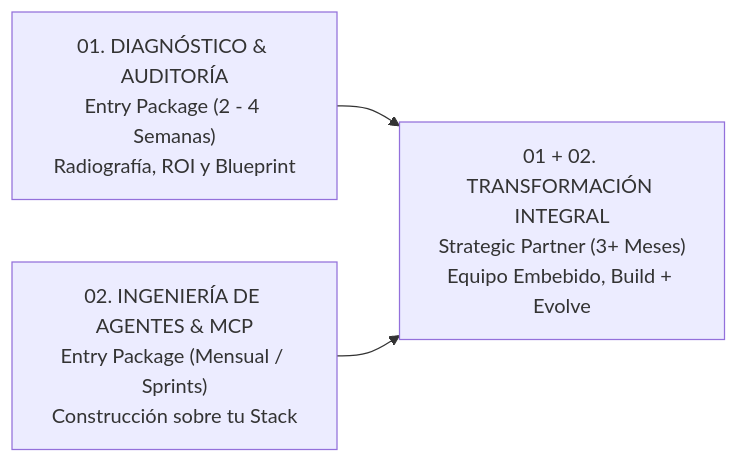
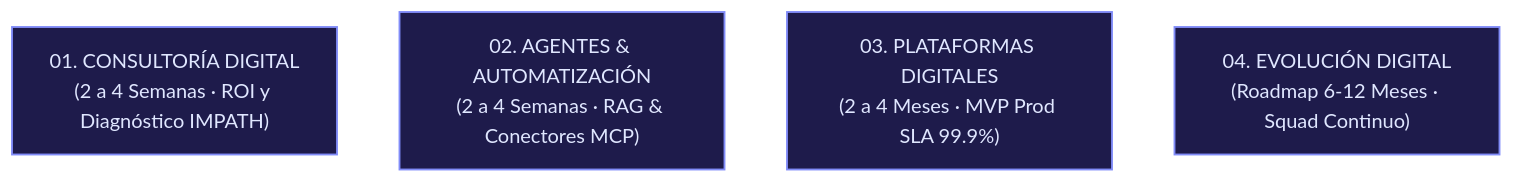
Before and after one commit to jahflavio/bluepixel: the third of 6 diagrams in 02_Estrategia_B2B/AUDITORIA_Y_REDISEÑO_WEB_BLUEPIXEL_2026.md, drawn with Mermaid. The commit also changed other lines of this file and 12 other files, not shown here.

````diff
--- a/02_Estrategia_B2B/AUDITORIA_Y_REDISEÑO_WEB_BLUEPIXEL_2026.md
+++ b/02_Estrategia_B2B/AUDITORIA_Y_REDISEÑO_WEB_BLUEPIXEL_2026.md
@@ -292,5 +292,8 @@
 ```mermaid
-graph LR
-    P1["01. DIAGNÓSTICO & AUDITORÍA<br/>Entry Package (2 - 4 Semanas)<br/>Radiografía, ROI y Blueprint"] --> P3["01 + 02. TRANSFORMACIÓN INTEGRAL<br/>Strategic Partner (3+ Meses)<br/>Equipo Embebido, Build + Evolve"]
-    P2["02. INGENIERÍA DE AGENTES & MCP<br/>Entry Package (Mensual / Sprints)<br/>Construcción sobre tu Stack"] --> P3
+graph TD
+    classDef pilar fill:#1e1b4b,stroke:#818cf8,stroke-width:1.5px,color:#e0e7ff;
+    P1["01. CONSULTORÍA DIGITAL<br/>(2 a 4 Semanas · ROI y Diagnóstico IMPATH)"]:::pilar
+    P2["02. AGENTES & AUTOMATIZACIÓN<br/>(2 a 4 Semanas · RAG & Conectores MCP)"]:::pilar
+    P3["03. PLATAFORMAS DIGITALES<br/>(2 a 4 Meses · MVP Prod SLA 99.9%)"]:::pilar
+    P4["04. EVOLUCIÓN DIGITAL<br/>(Roadmap 6-12 Meses · Squad Continuo)"]:::pilar
 ```
````
